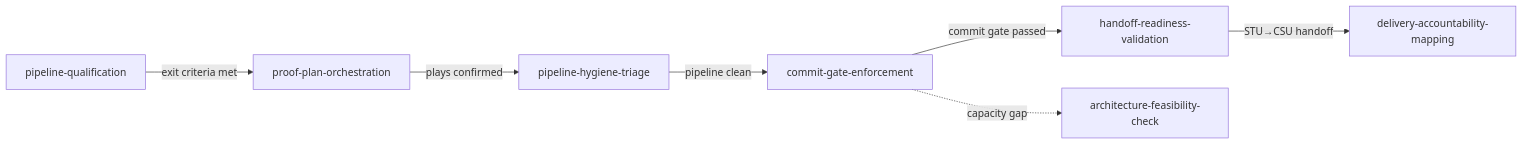
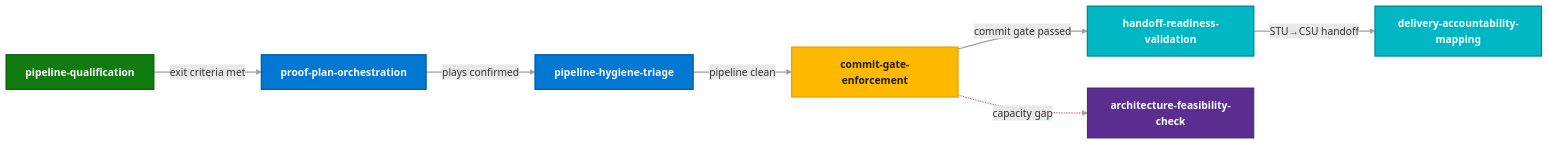
The second of 2 diagrams in site/docs/architecture/skill-architecture.md (mjhoffmeister/MCAPS-IQ), drawn with Mermaid before and after one commit. The commit also changed other lines of this file and 57 other files, not shown here.

Commit message:
Refactor mkdocs configuration: remove navigation.expand, update mermaid format, and reorganize nav structure

````diff
--- a/site/docs/architecture/skill-architecture.md
+++ b/site/docs/architecture/skill-architecture.md
@@ -355,10 +366,21 @@
 ```mermaid
 graph LR
-    PQ["pipeline-qualification"] -->|"exit criteria met"| PPO["proof-plan-orchestration"]
-    PPO -->|"plays confirmed"| PHT["pipeline-hygiene-triage"]
-    PHT -->|"pipeline clean"| CGE["commit-gate-enforcement"]
-    CGE -->|"commit gate passed"| HRV["handoff-readiness-validation"]
-    HRV -->|"STU→CSU handoff"| DAM["delivery-accountability-mapping"]
+    PQ["<b>pipeline-qualification</b>"] -->|"exit criteria met"| PPO["<b>proof-plan-orchestration</b>"]
+    PPO -->|"plays confirmed"| PHT["<b>pipeline-hygiene-triage</b>"]
+    PHT -->|"pipeline clean"| CGE["<b>commit-gate-enforcement</b>"]
+    CGE -->|"commit gate passed"| HRV["<b>handoff-readiness-validation</b>"]
+    HRV -->|"STU→CSU handoff"| DAM["<b>delivery-accountability-mapping</b>"]
     
-    CGE -.->|"capacity gap"| AFC["architecture-feasibility-check"]
+    CGE -.->|"capacity gap"| AFC["<b>architecture-feasibility-check</b>"]
+
+    style PQ fill:#107C10,color:#fff,stroke:#0a5c0a,stroke-width:2px
+    style PPO fill:#0078D4,color:#fff,stroke:#005a9e,stroke-width:2px
+    style PHT fill:#0078D4,color:#fff,stroke:#005a9e,stroke-width:2px
+    style CGE fill:#FFB900,color:#1B1B1B,stroke:#e0a700,stroke-width:2px
+    style HRV fill:#00B7C3,color:#fff,stroke:#008b94,stroke-width:2px
+    style DAM fill:#00B7C3,color:#fff,stroke:#008b94,stroke-width:2px
+    style AFC fill:#5C2D91,color:#fff,stroke:#462170,stroke-width:1.5px
+
+    linkStyle default stroke:#9e9e9e,stroke-width:2px
+    linkStyle 5 stroke:#D13438,stroke-width:1.5px
 ```
````
